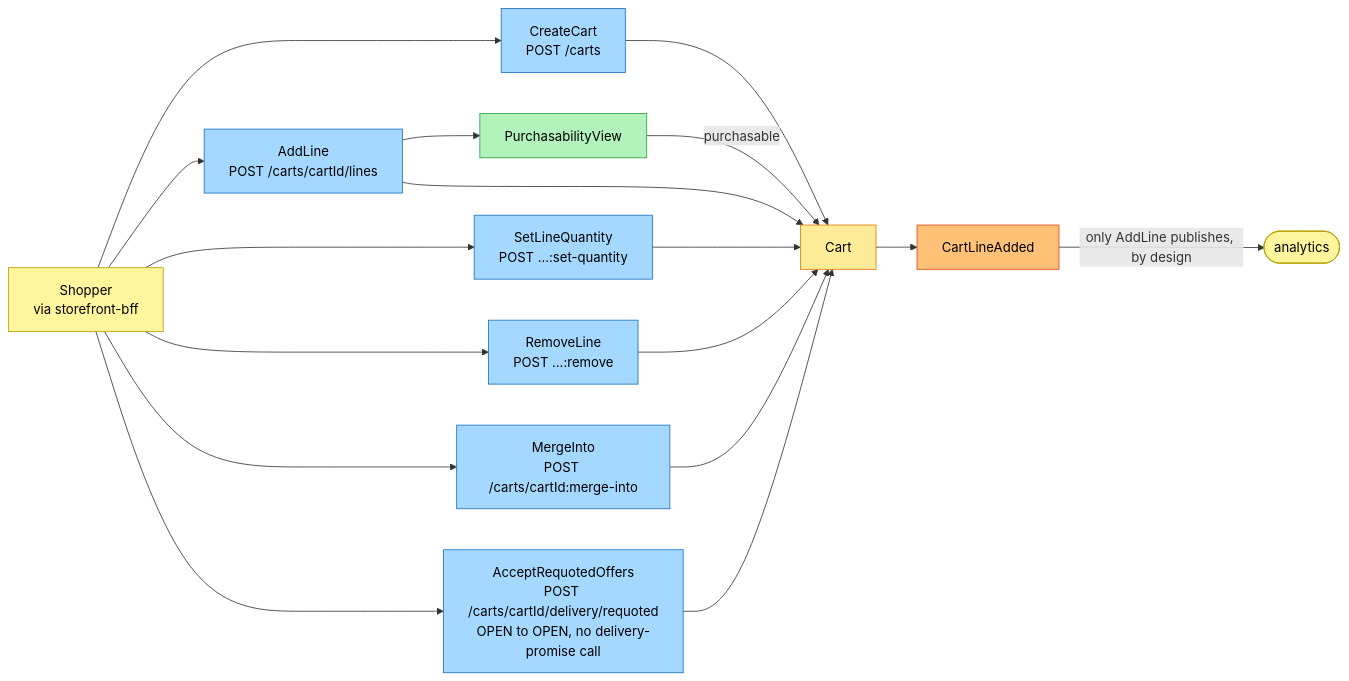
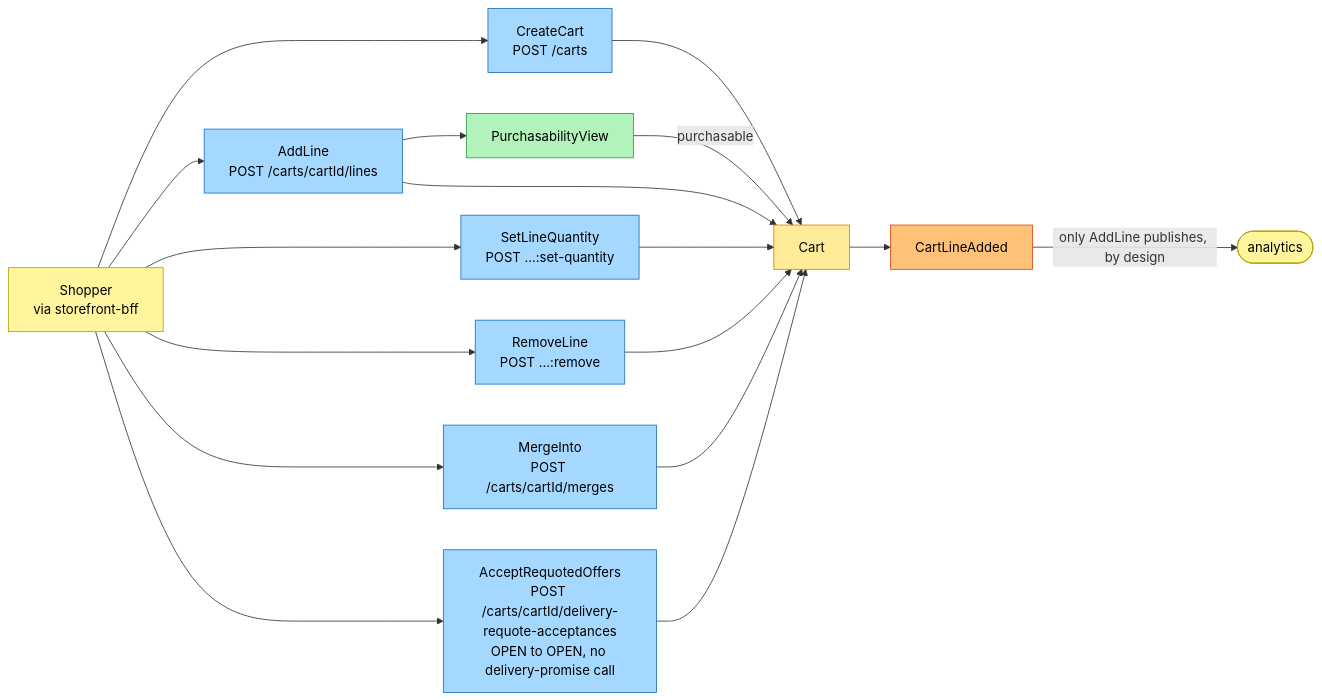
One commit to IQVO/warehouse-docs changed the first of 4 diagrams in storefront/docs/contexts/shopping-cart/eventstorming.md. Above: the diagram before and after it, drawn with Mermaid. The commit also changed other lines of this file and 272 other files, not shown here.

````diff
--- a/storefront/docs/contexts/shopping-cart/eventstorming.md
+++ b/storefront/docs/contexts/shopping-cart/eventstorming.md
@@ -37,38 +37,38 @@
 ```mermaid
 flowchart LR
     S["Shopper<br/>via storefront-bff"]:::actor
     C0["CreateCart<br/>POST /carts"]:::command
     C1["AddLine<br/>POST /carts/cartId/lines"]:::command
     C2["SetLineQuantity<br/>POST ...:set-quantity"]:::command
     C3["RemoveLine<br/>POST ...:remove"]:::command
-    C4["MergeInto<br/>POST /carts/cartId:merge-into"]:::command
-    C4b["AcceptRequotedOffers<br/>POST /carts/cartId/delivery/requoted<br/>OPEN to OPEN, no delivery-promise call"]:::command
+    C4["MergeInto<br/>POST /carts/cartId/merges"]:::command
+    C4b["AcceptRequotedOffers<br/>POST /carts/cartId/delivery-requote-acceptances<br/>OPEN to OPEN, no delivery-promise call"]:::command
     RM0["PurchasabilityView"]:::readmodel
     G1["Cart"]:::aggregate
     E1["CartLineAdded"]:::event
     AN(["analytics"]):::actor
 
     S --> C0
     S --> C1
     S --> C2
     S --> C3
     S --> C4
     S --> C4b
     C1 --> RM0
     RM0 -->|purchasable| G1
     C0 --> G1
     C1 --> G1
     C2 --> G1
     C3 --> G1
     C4 --> G1
     C4b --> G1
     G1 --> E1
     E1 -->|only AddLine publishes, by design| AN
 
     classDef actor fill:#fff59d,stroke:#b59f00,color:#000
     classDef command fill:#a5d8ff,stroke:#1971c2,color:#000
     classDef aggregate fill:#ffec99,stroke:#e67700,color:#000
     classDef event fill:#ffc078,stroke:#d9480f,color:#000
     classDef readmodel fill:#b2f2bb,stroke:#2f9e44,color:#000
     classDef hotspot fill:#ff8787,stroke:#c92a2a,color:#000
 ```
````
